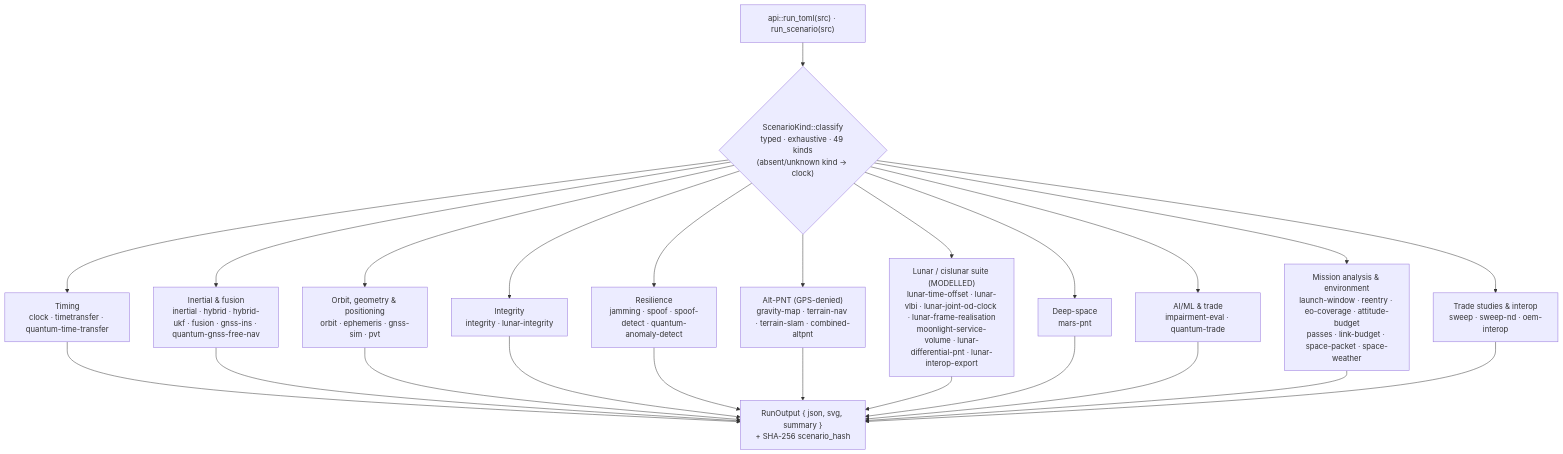
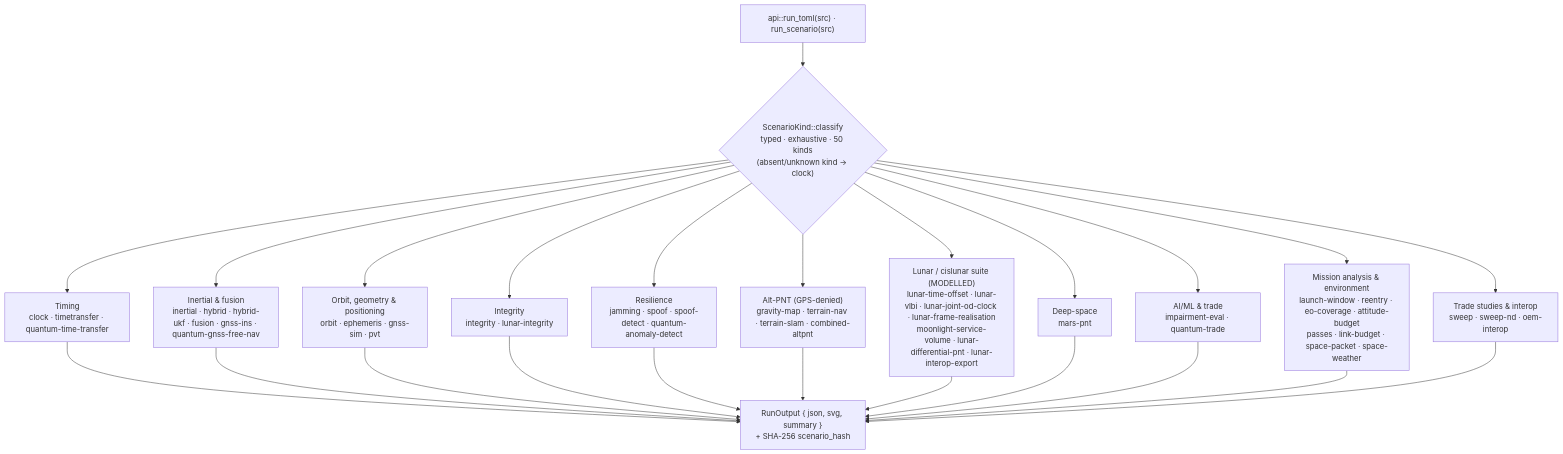
Before and after one commit to ashfordeOU/kshana: the seventh of 11 diagrams in docs/ARCHITECTURE.md, drawn with Mermaid. The commit also changed other lines of this file and 3 other files, not shown here.

First line of the commit message:
fix(p1): sync README/ARCHITECTURE dispatch count to 50 kinds + clippy 1.93 compliance

````diff
--- a/docs/ARCHITECTURE.md
+++ b/docs/ARCHITECTURE.md
@@ -406,16 +406,16 @@
 ```mermaid
 flowchart TD
-    F["api::run_toml(src) · run_scenario(src)"] --> K{"ScenarioKind::classify<br/>typed · exhaustive · 49 kinds<br/>(absent/unknown kind → clock)"}
+    F["api::run_toml(src) · run_scenario(src)"] --> K{"ScenarioKind::classify<br/>typed · exhaustive · 50 kinds<br/>(absent/unknown kind → clock)"}
     K --> G1["Timing<br/>clock · timetransfer · quantum-time-transfer"]
     K --> G2["Inertial & fusion<br/>inertial · hybrid · hybrid-ukf · fusion · gnss-ins · quantum-gnss-free-nav"]
     K --> G3["Orbit, geometry & positioning<br/>orbit · ephemeris · gnss-sim · pvt"]
     K --> G4["Integrity<br/>integrity · lunar-integrity"]
     K --> G5["Resilience<br/>jamming · spoof · spoof-detect · quantum-anomaly-detect"]
     K --> G6["Alt-PNT (GPS-denied)<br/>gravity-map · terrain-nav · terrain-slam · combined-altpnt"]
     K --> G7["Lunar / cislunar suite (MODELLED)<br/>lunar-time-offset · lunar-vlbi · lunar-joint-od-clock · lunar-frame-realisation<br/>moonlight-service-volume · lunar-differential-pnt · lunar-interop-export"]
     K --> G8["Deep-space<br/>mars-pnt"]
     K --> G9["AI/ML & trade<br/>impairment-eval · quantum-trade"]
     K --> G10["Mission analysis & environment<br/>launch-window · reentry · eo-coverage · attitude-budget<br/>passes · link-budget · space-packet · space-weather"]
     K --> G11["Trade studies & interop<br/>sweep · sweep-nd · oem-interop"]
     G1 & G2 & G3 & G4 & G5 & G6 & G7 & G8 & G9 & G10 & G11 --> W["RunOutput { json, svg, summary }<br/>+ SHA-256 scenario_hash"]
 ```
````
